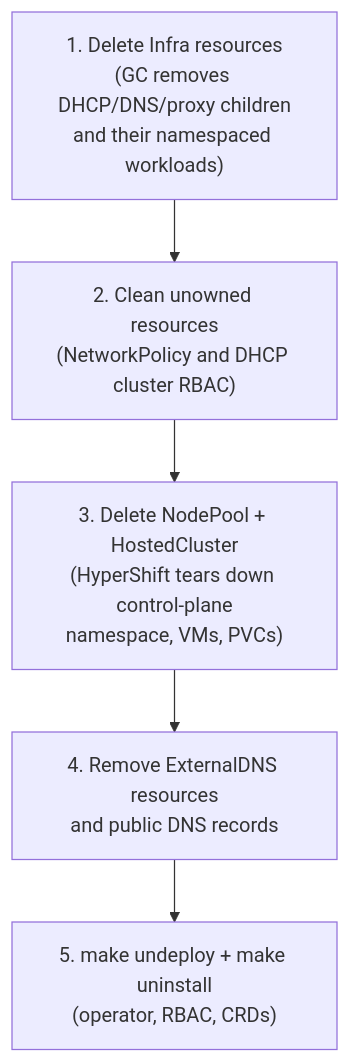
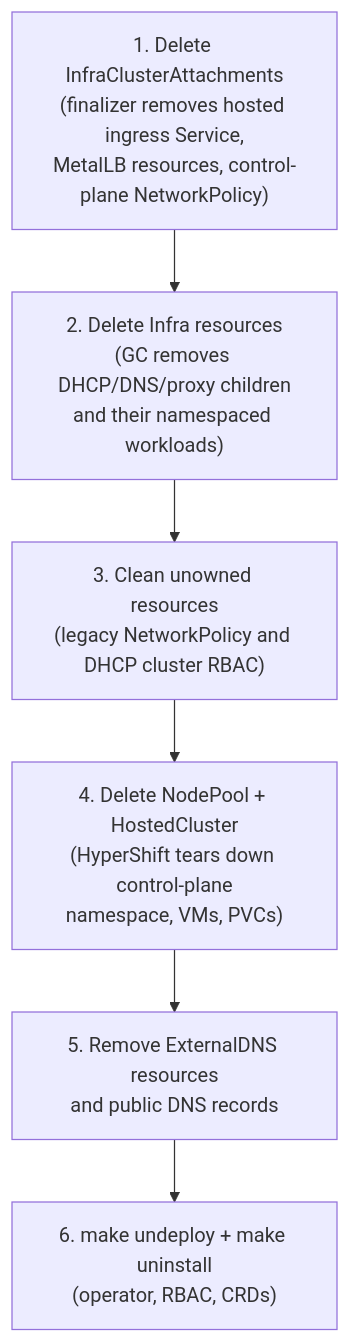
One commit to cldmnky/oooi changed the diagram in website/docs/operations/uninstall.md. Above: the diagram before and after it, drawn with Mermaid. The commit also changed other lines of this file and 12 other files, not shown here.

First line of the commit message:
feat(multi-cluster): shared OAuth policy, E2E scenario, docs

````diff
--- a/website/docs/operations/uninstall.md
+++ b/website/docs/operations/uninstall.md
@@ -9,8 +9,9 @@
 ```mermaid
 flowchart TB
-    A["1. Delete Infra resources<br/>(GC removes DHCP/DNS/proxy children<br/>and their namespaced workloads)"]
-    --> B["2. Clean unowned resources<br/>(NetworkPolicy and DHCP cluster RBAC)"]
-    --> C["3. Delete NodePool + HostedCluster<br/>(HyperShift tears down control-plane<br/>namespace, VMs, PVCs)"]
-    --> D["4. Remove ExternalDNS resources<br/>and public DNS records"]
-    --> E["5. make undeploy + make uninstall<br/>(operator, RBAC, CRDs)"]
+    A["1. Delete InfraClusterAttachments<br/>(finalizer removes hosted ingress Service,<br/>MetalLB resources, control-plane NetworkPolicy)"]
+    --> B["2. Delete Infra resources<br/>(GC removes DHCP/DNS/proxy children<br/>and their namespaced workloads)"]
+    --> C["3. Clean unowned resources<br/>(legacy NetworkPolicy and DHCP cluster RBAC)"]
+    --> D["4. Delete NodePool + HostedCluster<br/>(HyperShift tears down control-plane<br/>namespace, VMs, PVCs)"]
+    --> E["5. Remove ExternalDNS resources<br/>and public DNS records"]
+    --> F["6. make undeploy + make uninstall<br/>(operator, RBAC, CRDs)"]
 ```
````
